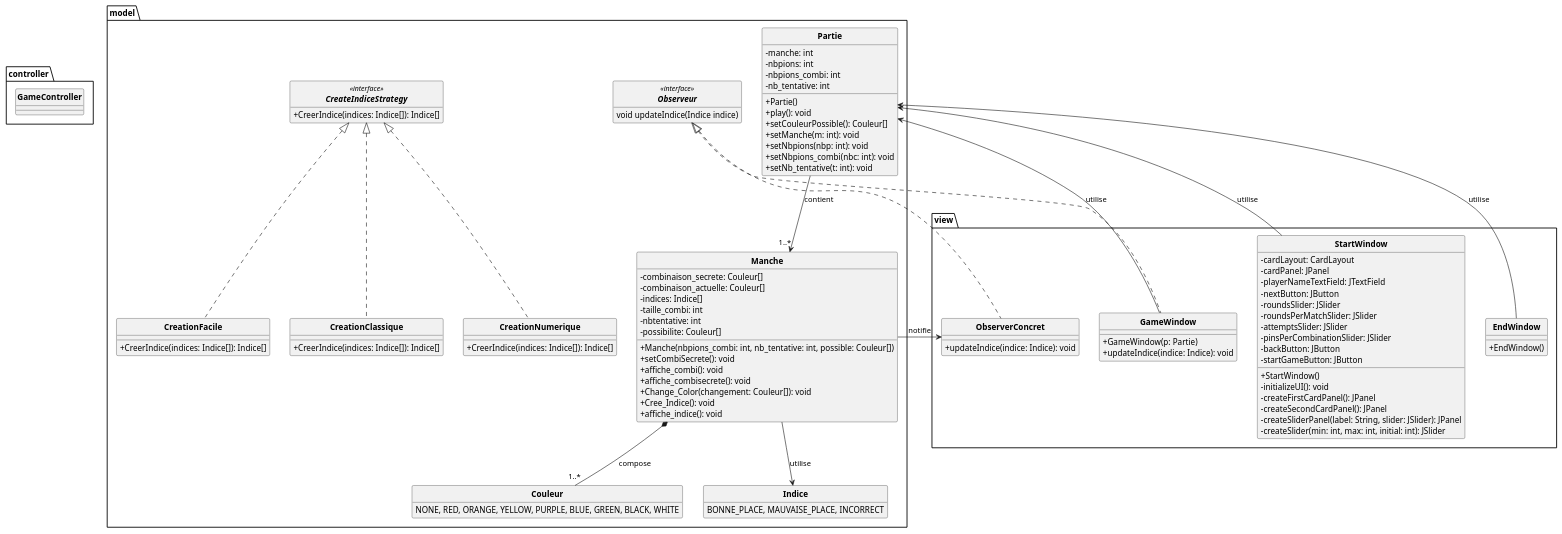
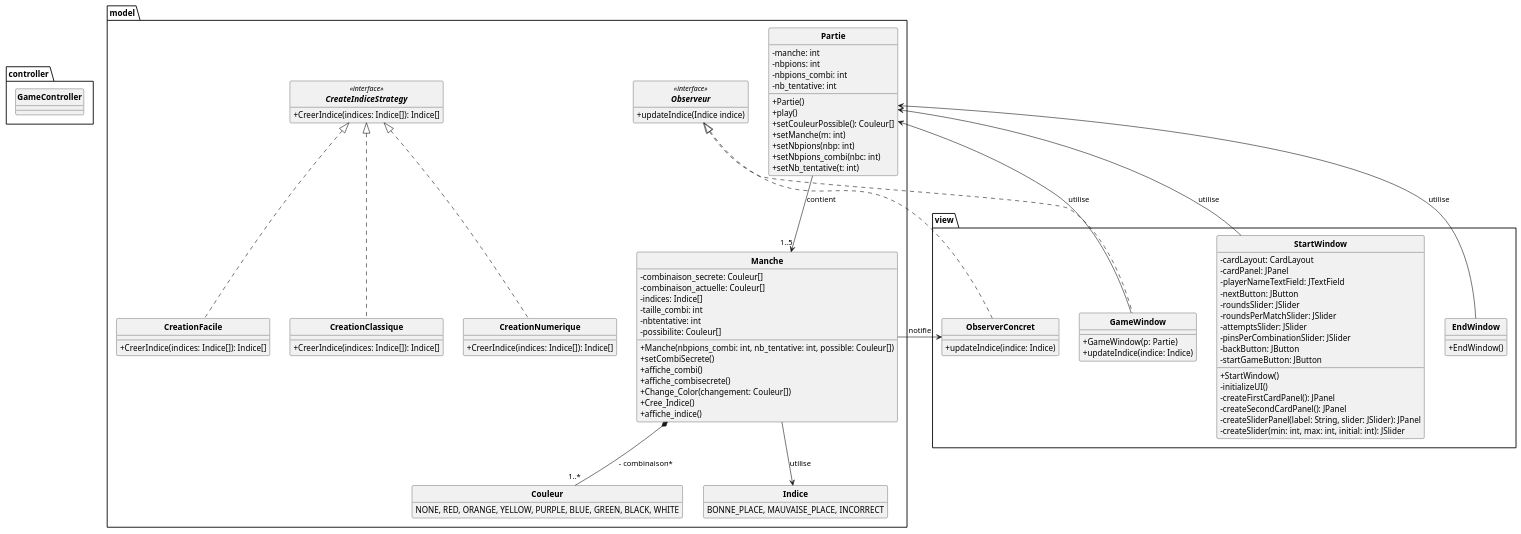
Before and after one commit to yassinkioua/Mastermind: the diagram in Projet/Projet_Mastermind/src/DCC_mastermind.puml, drawn with PlantUML. The commit also changed 17 other files, not shown here.

```diff
--- a/Projet/Projet_Mastermind/src/DCC_mastermind.puml
+++ b/Projet/Projet_Mastermind/src/DCC_mastermind.puml
@@ -1,135 +1,135 @@
 @startuml
 'https://plantuml.com/class-diagram
 
 skinparam style strictuml
 skinparam classAttributeIconSize 0
 skinparam classFontStyle Bold
 hide enum methods
 hide interface attributes
 
 package controller
 {
     class GameController{}
 }
 
 package model
 {
     class Partie
     {
         - manche: int
         - nbpions: int
         - nbpions_combi: int
         - nb_tentative: int
 
         + Partie()
-        + play(): void
+        + play()
         + setCouleurPossible(): Couleur[]
-        + setManche(m: int): void
-        + setNbpions(nbp: int): void
-        + setNbpions_combi(nbc: int): void
-        + setNb_tentative(t: int): void
+        + setManche(m: int)
+        + setNbpions(nbp: int)
+        + setNbpions_combi(nbc: int)
+        + setNb_tentative(t: int)
     }
 
     class Manche
     {
         - combinaison_secrete: Couleur[]
         - combinaison_actuelle: Couleur[]
         - indices: Indice[]
         - taille_combi: int
         - nbtentative: int
         - possibilite: Couleur[]
 
         + Manche(nbpions_combi: int, nb_tentative: int, possible: Couleur[])
-        + setCombiSecrete(): void
-        + affiche_combi(): void
-        + affiche_combisecrete(): void
-        + Change_Color(changement: Couleur[]): void
-        + Cree_Indice(): void
-        + affiche_indice(): void
+        + setCombiSecrete()
+        + affiche_combi()
+        + affiche_combisecrete()
+        + Change_Color(changement: Couleur[])
+        + Cree_Indice()
+        + affiche_indice()
     }
 
     enum Couleur
     {
         NONE, RED, ORANGE, YELLOW, PURPLE, BLUE, GREEN, BLACK, WHITE
     }
 
     enum Indice
     {
         BONNE_PLACE, MAUVAISE_PLACE, INCORRECT
     }
 
     interface CreateIndiceStrategy <<interface>>
     {
         + CreerIndice(indices: Indice[]): Indice[]
     }
 
     class CreationFacile implements CreateIndiceStrategy
     {
         + CreerIndice(indices: Indice[]): Indice[]
     }
 
     class CreationClassique implements CreateIndiceStrategy
     {
         + CreerIndice(indices: Indice[]): Indice[]
     }
 
     class CreationNumerique implements CreateIndiceStrategy
     {
         + CreerIndice(indices: Indice[]): Indice[]
     }
 
     interface Observeur <<interface>>
     {
-        void updateIndice(Indice indice)
+        +updateIndice(Indice indice)
     }
 
 }
 
 package view
 {
     class StartWindow
     {
         - cardLayout: CardLayout
         - cardPanel: JPanel
         - playerNameTextField: JTextField
         - nextButton: JButton
         - roundsSlider: JSlider
         - roundsPerMatchSlider: JSlider
         - attemptsSlider: JSlider
         - pinsPerCombinationSlider: JSlider
         - backButton: JButton
         - startGameButton: JButton
 
         + StartWindow()
-        - initializeUI(): void
+        - initializeUI()
         - createFirstCardPanel(): JPanel
         - createSecondCardPanel(): JPanel
         - createSliderPanel(label: String, slider: JSlider): JPanel
         - createSlider(min: int, max: int, initial: int): JSlider
     }
 
     class ObserverConcret implements model.Observeur
     {
-        + updateIndice(indice: Indice): void
+        + updateIndice(indice: Indice)
     }
 
     class GameWindow implements model.Observeur
     {
         + GameWindow(p: Partie)
-        + updateIndice(indice: Indice): void
+        + updateIndice(indice: Indice)
     }
 
     class EndWindow
     {
         + EndWindow()
     }
 }
 
-model.Partie --> "1..*" model.Manche : contient
-model.Manche *-- "1..*" model.Couleur : compose
+model.Partie --> "1..5" model.Manche : contient
+model.Manche *-- "1..*" model.Couleur : - combinaison*
 model.Manche --> model.Indice : utilise
 model.Manche --> view.ObserverConcret : notifie
 view.StartWindow --> model.Partie : utilise
 view.GameWindow --> model.Partie : utilise
 view.EndWindow --> model.Partie : utilise
 @enduml
```
